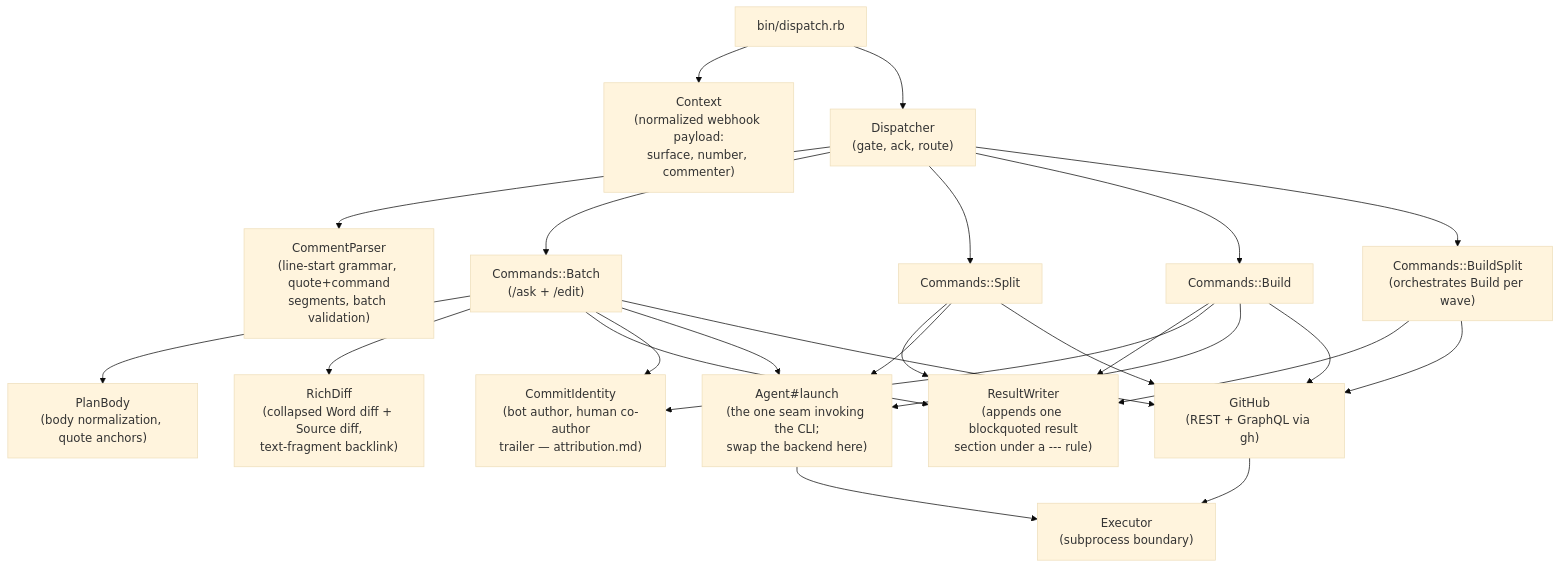
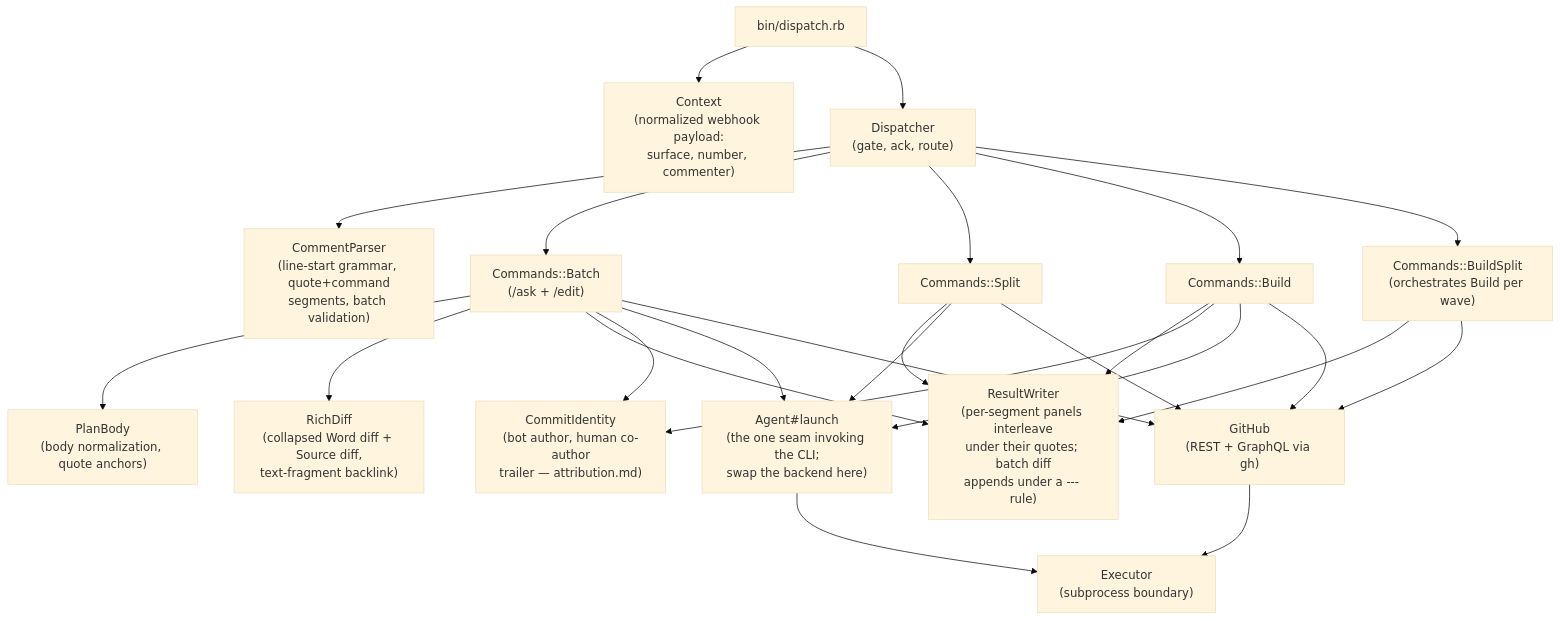
One commit to d3mlabs/ai-flow changed the third of 5 diagrams in docs/architecture.md. Above: the diagram before and after it, drawn with Mermaid (base theme). The commit also changed other lines of this file and 7 other files, not shown here.

First line of the commit message:
Interleave per-segment results under their quotes again

````diff
--- a/docs/architecture.md
+++ b/docs/architecture.md
@@ -107,29 +107,29 @@
 ```mermaid
 flowchart TD
     entry["bin/dispatch.rb"] --> ctx["Context<br/>(normalized webhook payload:<br/>surface, number, commenter)"]
     entry --> disp["Dispatcher<br/>(gate, ack, route)"]
     disp --> parser["CommentParser<br/>(line-start grammar, quote+command<br/>segments, batch validation)"]
     disp --> batchCmd["Commands::Batch<br/>(/ask + /edit)"]
     disp --> splitCmd["Commands::Split"]
     disp --> buildCmd["Commands::Build"]
     disp --> buildSplitCmd["Commands::BuildSplit<br/>(orchestrates Build per wave)"]
 
     batchCmd --> planBody["PlanBody<br/>(body normalization, quote anchors)"]
     batchCmd --> richDiff["RichDiff<br/>(collapsed Word diff + Source diff,<br/>text-fragment backlink)"]
-    batchCmd --> resultWriter["ResultWriter<br/>(appends one blockquoted result<br/>section under a --- rule)"]
+    batchCmd --> resultWriter["ResultWriter<br/>(per-segment panels interleave<br/>under their quotes; batch diff<br/>appends under a --- rule)"]
     splitCmd --> resultWriter
     buildCmd --> resultWriter
     buildSplitCmd --> resultWriter
     buildCmd --> commitIdentity["CommitIdentity<br/>(bot author, human co-author<br/>trailer — attribution.md)"]
     batchCmd --> commitIdentity
 
     batchCmd --> agent["Agent#launch<br/>(the one seam invoking the CLI;<br/>swap the backend here)"]
     splitCmd --> agent
     buildCmd --> agent
     batchCmd --> gh["GitHub<br/>(REST + GraphQL via gh)"]
     splitCmd --> gh
     buildCmd --> gh
     buildSplitCmd --> gh
     agent --> exec["Executor<br/>(subprocess boundary)"]
     gh --> exec
 ```
````
